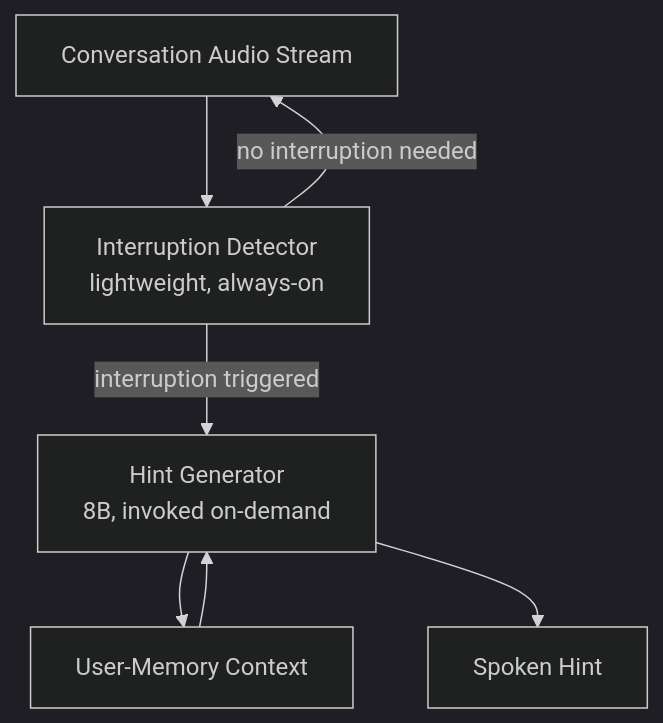
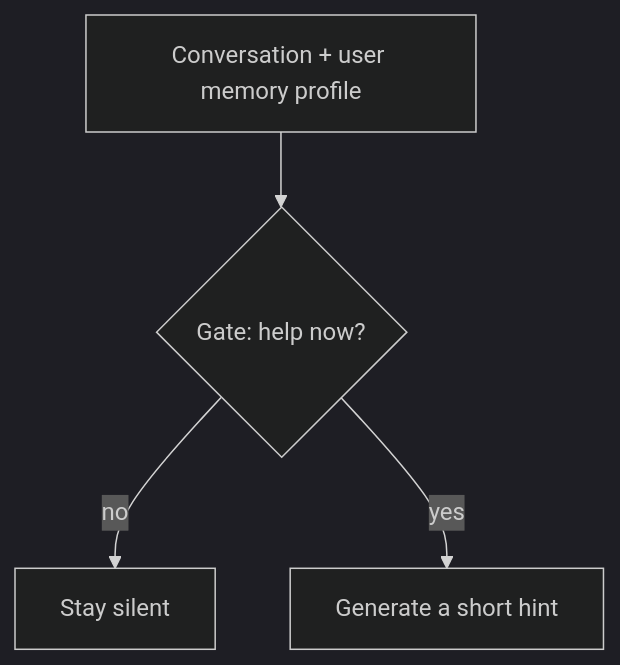
Before and after one commit to JubayerONROB/JubayerONROB.github.io: the diagram in content/work/research/proactive-conversation-assistant.md, drawn with Mermaid (dark theme). The commit also changed other lines of this file, not shown here.

First line of the commit message:
Align the Proactive Conversation Assistant page with the arXiv paper

````diff
--- a/content/work/research/proactive-conversation-assistant.md
+++ b/content/work/research/proactive-conversation-assistant.md
@@ -24,9 +24,6 @@
 ```mermaid
 flowchart TD
-    A[Conversation Audio Stream] --> B[Interruption Detector<br/>lightweight, always-on]
-    B -->|no interruption needed| A
-    B -->|interruption triggered| C[Hint Generator<br/>8B, invoked on-demand]
-    C --> D[User-Memory Context]
-    D --> C
-    C --> E[Spoken Hint]
+    A[Conversation + user memory profile] --> B{Gate: help now?}
+    B -- no --> C[Stay silent]
+    B -- yes --> D[Generate a short hint]
 ```
````
